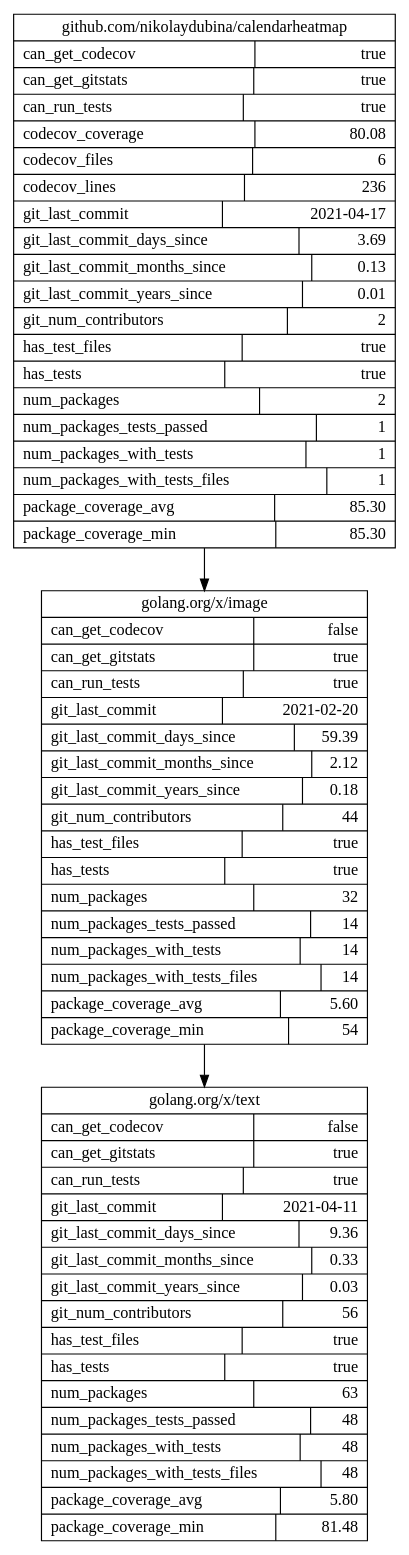
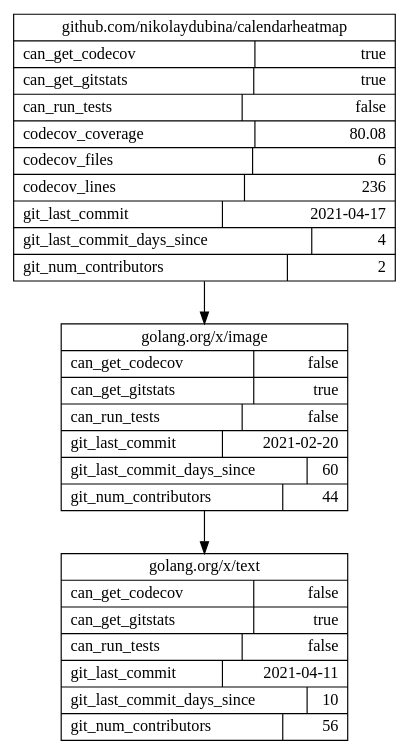
Before and after one commit to nikolaydubina/import-graph: the diagram in docs/calendarheatmap/output.dot, drawn with Graphviz. The commit also changed 10 other files, not shown here.

Commit message:
flag to run tests; docs; refactor

```diff
--- a/docs/calendarheatmap/output.dot
+++ b/docs/calendarheatmap/output.dot
@@ -1,14 +1,14 @@
 digraph G {
 	concentrate=True;
 	rankdir=TB;
 	node [shape=record];
 	
-	"github.com/nikolaydubina/calendarheatmap" [label="{ github.com/nikolaydubina/calendarheatmap | {can_get_codecov\l | true\r} | {can_get_gitstats\l | true\r} | {can_run_tests\l | true\r} | {codecov_coverage\l | 80.08\r} | {codecov_files\l | 6\r} | {codecov_lines\l | 236\r} | {git_last_commit\l | 2021-04-17\r} | {git_last_commit_days_since\l | 3.69\r} | {git_last_commit_months_since\l | 0.13\r} | {git_last_commit_years_since\l | 0.01\r} | {git_num_contributors\l | 2\r} | {has_test_files\l | true\r} | {has_tests\l | true\r} | {num_packages\l | 2\r} | {num_packages_tests_passed\l | 1\r} | {num_packages_with_tests\l | 1\r} | {num_packages_with_tests_files\l | 1\r} | {package_coverage_avg\l | 85.30\r} | {package_coverage_min\l | 85.30\r} }"];
-	"golang.org/x/image" [label="{ golang.org/x/image | {can_get_codecov\l | false\r} | {can_get_gitstats\l | true\r} | {can_run_tests\l | true\r} | {git_last_commit\l | 2021-02-20\r} | {git_last_commit_days_since\l | 59.39\r} | {git_last_commit_months_since\l | 2.12\r} | {git_last_commit_years_since\l | 0.18\r} | {git_num_contributors\l | 44\r} | {has_test_files\l | true\r} | {has_tests\l | true\r} | {num_packages\l | 32\r} | {num_packages_tests_passed\l | 14\r} | {num_packages_with_tests\l | 14\r} | {num_packages_with_tests_files\l | 14\r} | {package_coverage_avg\l | 5.60\r} | {package_coverage_min\l | 54\r} }"];
-	"golang.org/x/text" [label="{ golang.org/x/text | {can_get_codecov\l | false\r} | {can_get_gitstats\l | true\r} | {can_run_tests\l | true\r} | {git_last_commit\l | 2021-04-11\r} | {git_last_commit_days_since\l | 9.36\r} | {git_last_commit_months_since\l | 0.33\r} | {git_last_commit_years_since\l | 0.03\r} | {git_num_contributors\l | 56\r} | {has_test_files\l | true\r} | {has_tests\l | true\r} | {num_packages\l | 63\r} | {num_packages_tests_passed\l | 48\r} | {num_packages_with_tests\l | 48\r} | {num_packages_with_tests_files\l | 48\r} | {package_coverage_avg\l | 5.80\r} | {package_coverage_min\l | 81.48\r} }"];
+	"github.com/nikolaydubina/calendarheatmap" [label="{ github.com/nikolaydubina/calendarheatmap | {can_get_codecov\l | true\r} | {can_get_gitstats\l | true\r} | {can_run_tests\l | false\r} | {codecov_coverage\l | 80.08\r} | {codecov_files\l | 6\r} | {codecov_lines\l | 236\r} | {git_last_commit\l | 2021-04-17\r} | {git_last_commit_days_since\l | 4\r} | {git_num_contributors\l | 2\r} }"];
+	"golang.org/x/image" [label="{ golang.org/x/image | {can_get_codecov\l | false\r} | {can_get_gitstats\l | true\r} | {can_run_tests\l | false\r} | {git_last_commit\l | 2021-02-20\r} | {git_last_commit_days_since\l | 60\r} | {git_num_contributors\l | 44\r} }"];
+	"golang.org/x/text" [label="{ golang.org/x/text | {can_get_codecov\l | false\r} | {can_get_gitstats\l | true\r} | {can_run_tests\l | false\r} | {git_last_commit\l | 2021-04-11\r} | {git_last_commit_days_since\l | 10\r} | {git_num_contributors\l | 56\r} }"];
 	
 
 	"github.com/nikolaydubina/calendarheatmap" -> "golang.org/x/image";
 	"golang.org/x/image" -> "golang.org/x/text";
 	
 }
```
